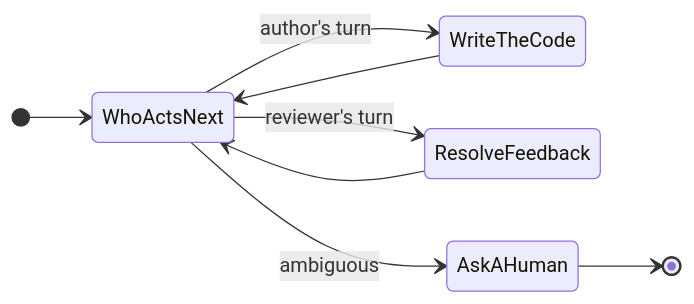
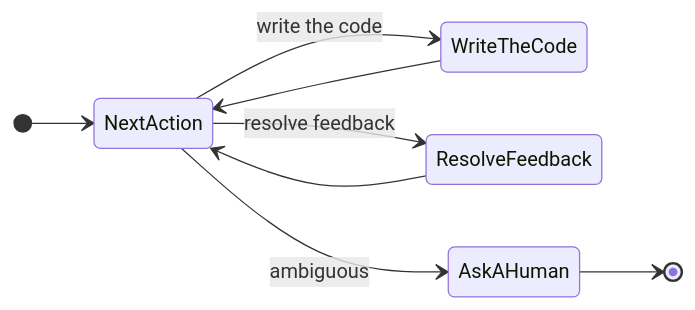
Before and after one commit to mfittko/dev-loops: the first of 8 diagrams in docs/articles/dev-loops-deep-dive.md, drawn with Mermaid. The commit also changed other lines of this file and 6 other files, not shown here.

````diff
--- a/docs/articles/dev-loops-deep-dive.md
+++ b/docs/articles/dev-loops-deep-dive.md
@@ -34,11 +34,11 @@
 ```mermaid
 stateDiagram-v2
   direction LR
-  [*] --> WhoActsNext
-  WhoActsNext --> WriteTheCode: author's turn
-  WhoActsNext --> ResolveFeedback: reviewer's turn
-  WhoActsNext --> AskAHuman: ambiguous
-  WriteTheCode --> WhoActsNext
-  ResolveFeedback --> WhoActsNext
+  [*] --> NextAction
+  NextAction --> WriteTheCode: write the code
+  NextAction --> ResolveFeedback: resolve feedback
+  NextAction --> AskAHuman: ambiguous
+  WriteTheCode --> NextAction
+  ResolveFeedback --> NextAction
   AskAHuman --> [*]
 ```
````
